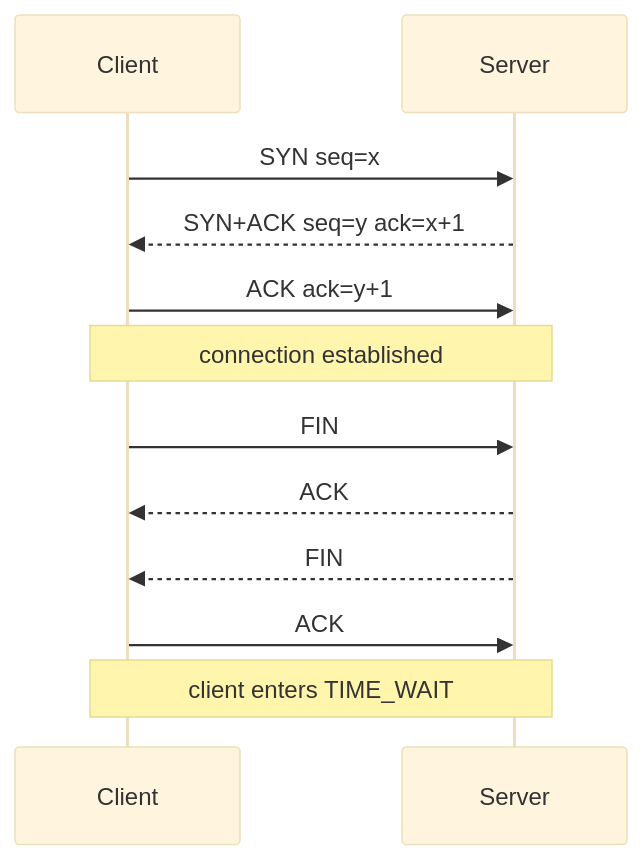
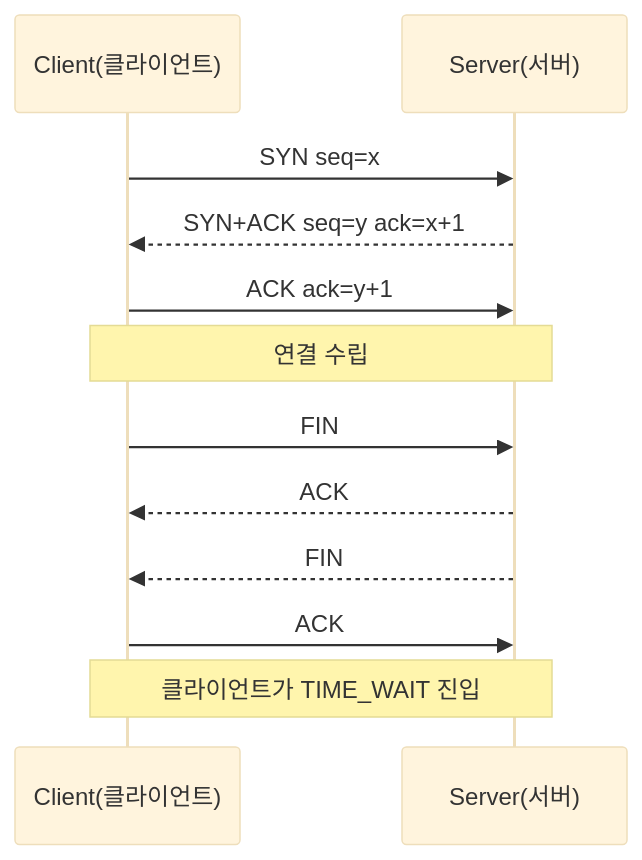
One commit to mandoobox/mandoobox.github.io changed diagram 16 of 39 in _posts/cs-note/2026-02-27-network.md. Above: the diagram before and after it, drawn with Mermaid (base theme). The commit also changed other lines of this file and 18 other files, not shown here.

````diff
--- a/_posts/cs-note/2026-02-27-network.md
+++ b/_posts/cs-note/2026-02-27-network.md
@@ -463,14 +463,14 @@
 ```mermaid
 sequenceDiagram
-  participant C as Client
-  participant S as Server
+  participant C as Client(클라이언트)
+  participant S as Server(서버)
   C->>S: SYN seq=x
   S-->>C: SYN+ACK seq=y ack=x+1
   C->>S: ACK ack=y+1
-  Note over C,S: connection established
+  Note over C,S: 연결 수립
   C->>S: FIN
   S-->>C: ACK
   S-->>C: FIN
   C->>S: ACK
-  Note over C,S: client enters TIME_WAIT
+  Note over C,S: 클라이언트가 TIME_WAIT 진입
 ```
````
